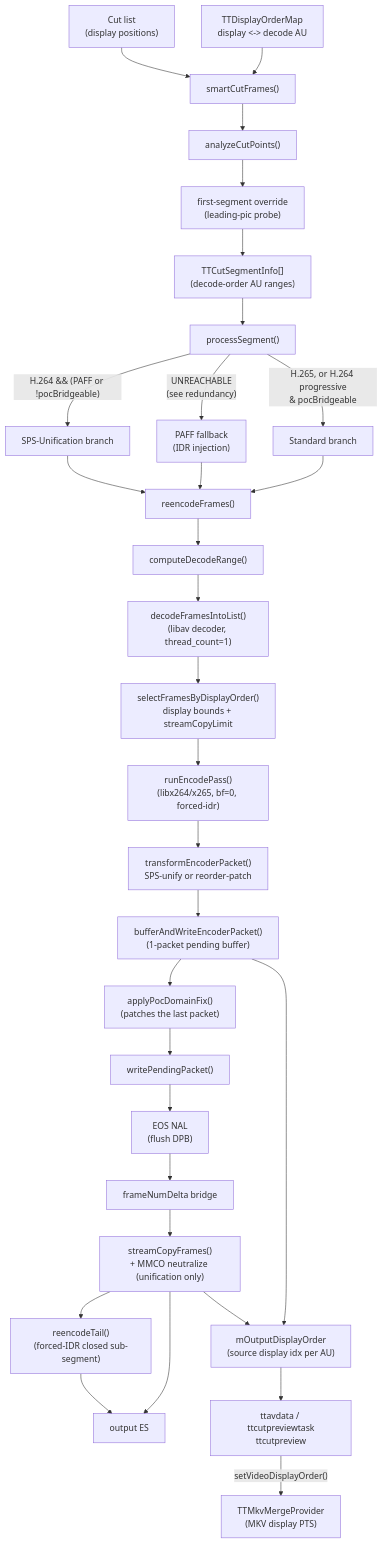
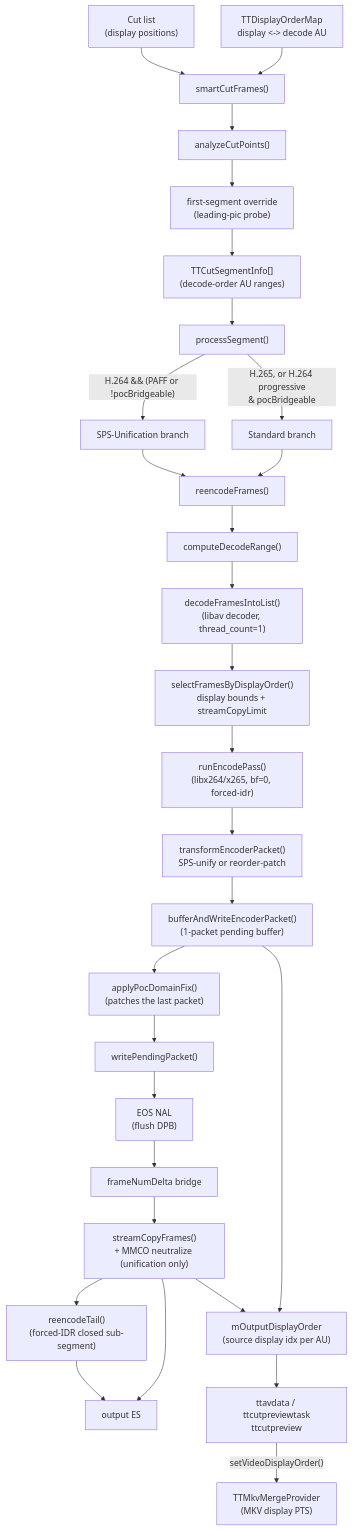
Before and after one commit to MINIXJR/TTCut-ng: the diagram in docs/code-map/smart-cut.md, drawn with Mermaid. The commit also changed other lines of this file, not shown here.

First line of the commit message:
docs: purge deleted PAFF-fallback branch from the smart-cut map diagram

````diff
--- a/docs/code-map/smart-cut.md
+++ b/docs/code-map/smart-cut.md
@@ -38,38 +38,36 @@
 ```mermaid
 flowchart TD
     UI["Cut list<br/>(display positions)"] --> SCF["smartCutFrames()"]
     DOM["TTDisplayOrderMap<br/>display &lt;-&gt; decode AU"] --> SCF
     SCF --> ACP["analyzeCutPoints()"]
     ACP --> OVR["first-segment override<br/>(leading-pic probe)"]
     OVR --> SEG["TTCutSegmentInfo[]<br/>(decode-order AU ranges)"]
     SEG --> PS["processSegment()"]
 
     PS -->|"H.264 &amp;&amp; (PAFF or !pocBridgeable)"| UNI["SPS-Unification branch"]
-    PS -->|"UNREACHABLE<br/>(see redundancy)"| FBK["PAFF fallback<br/>(IDR injection)"]
     PS -->|"H.265, or H.264 progressive<br/>&amp; pocBridgeable"| STD["Standard branch"]
 
     UNI --> RE["reencodeFrames()"]
-    FBK --> RE
     STD --> RE
 
     RE --> CDR["computeDecodeRange()"]
     CDR --> DEC["decodeFramesIntoList()<br/>(libav decoder, thread_count=1)"]
     DEC --> SEL["selectFramesByDisplayOrder()<br/>display bounds + streamCopyLimit"]
     SEL --> ENC["runEncodePass()<br/>(libx264/x265, bf=0, forced-idr)"]
     ENC --> TEP["transformEncoderPacket()<br/>SPS-unify or reorder-patch"]
     TEP --> BUF["bufferAndWriteEncoderPacket()<br/>(1-packet pending buffer)"]
     BUF --> PDF["applyPocDomainFix()<br/>(patches the last packet)"]
     PDF --> WPP["writePendingPacket()"]
 
     WPP --> EOS["EOS NAL<br/>(flush DPB)"]
     EOS --> FND["frameNumDelta bridge"]
     FND --> SC["streamCopyFrames()<br/>+ MMCO neutralize (unification only)"]
     SC --> TAIL["reencodeTail()<br/>(forced-IDR closed sub-segment)"]
 
     SC --> OUT["output ES"]
     TAIL --> OUT
     BUF --> ODO["mOutputDisplayOrder<br/>(source display idx per AU)"]
     SC --> ODO
     ODO --> CONS["ttavdata / ttcutpreviewtask<br/>ttcutpreview"]
     CONS -->|"setVideoDisplayOrder()"| MKV["TTMkvMergeProvider<br/>(MKV display PTS)"]
 ```
````
